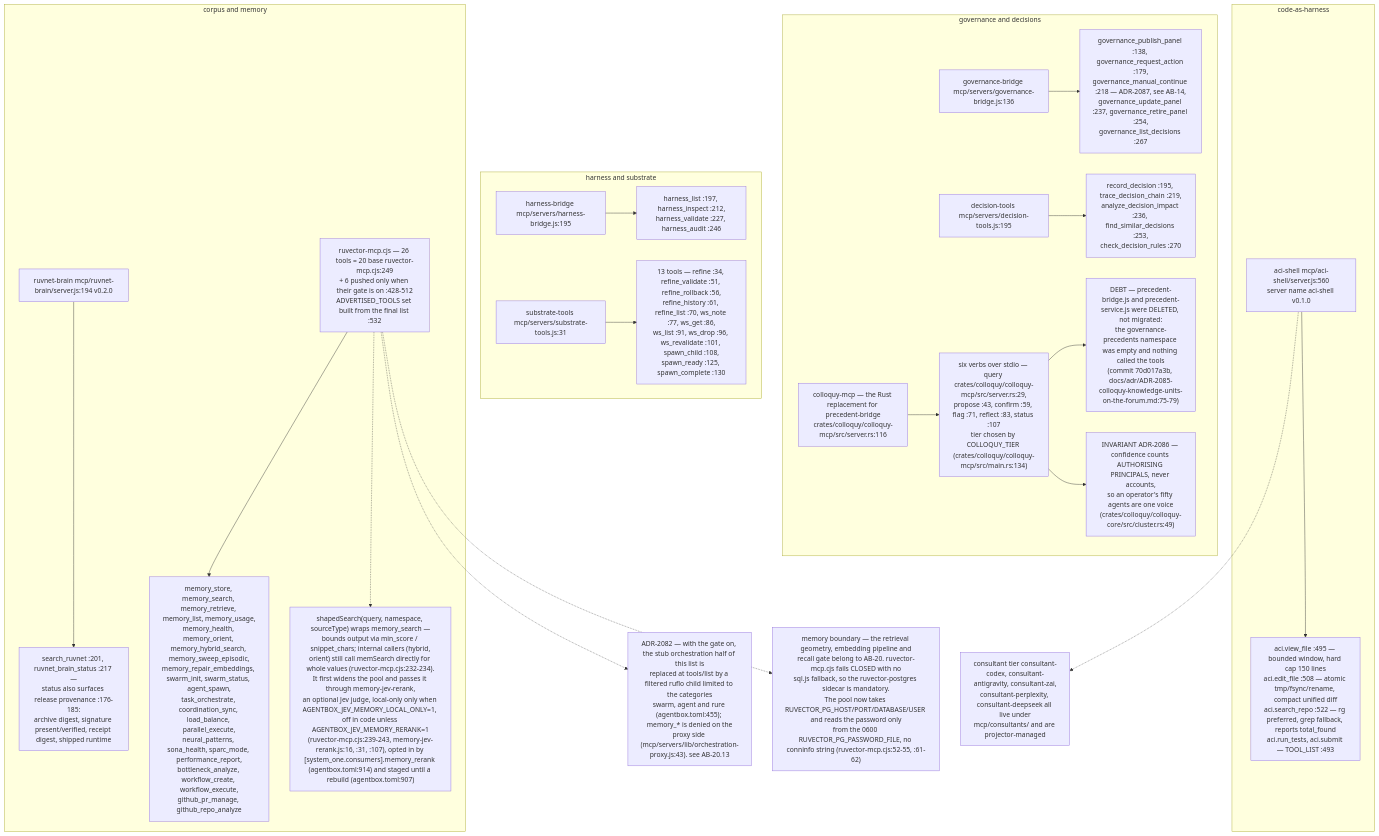
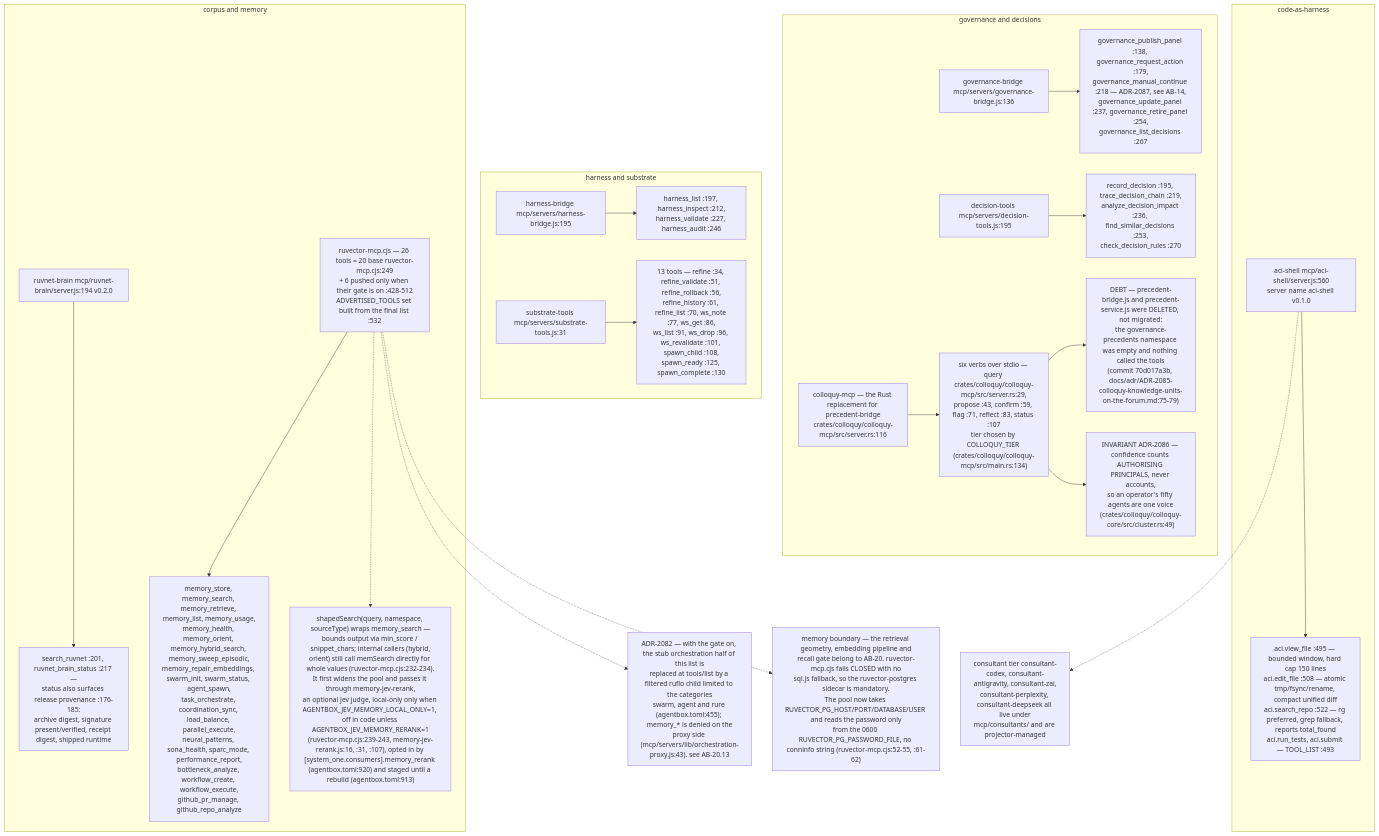
Before and after one commit to DreamLab-AI/VisionFlow: the fifth of 7 diagrams in docs/diagrams/agentbox/09-mcp-servers-catalogue.md, drawn with Mermaid. The commit also changed other lines of this file and 154 other files, not shown here.

First line of the commit message:
docs(diagrams): re-stamp 154 topics whose every citation still reads the same text at the current heads

````diff
--- a/docs/diagrams/agentbox/09-mcp-servers-catalogue.md
+++ b/docs/diagrams/agentbox/09-mcp-servers-catalogue.md
@@ -163,26 +163,26 @@
 ```mermaid
 flowchart TB
     subgraph CODE["code-as-harness"]
         A["aci-shell mcp/aci-shell/server.js:560<br/>server name aci-shell v0.1.0"]
         A --> AT["aci.view_file :495 — bounded window, hard cap 150 lines<br/>aci.edit_file :508 — atomic tmp/fsync/rename, compact unified diff<br/>aci.search_repo :522 — rg preferred, grep fallback, reports total_found<br/>aci.run_tests, aci.submit — TOOL_LIST :493"]
     end
     subgraph GOV["governance and decisions"]
         D["governance-bridge mcp/servers/governance-bridge.js:136"] --> DT["governance_publish_panel :138, governance_request_action :179,<br/>governance_manual_continue :218 — ADR-2087, see AB-14,<br/>governance_update_panel :237, governance_retire_panel :254,<br/>governance_list_decisions :267"]
         E["decision-tools mcp/servers/decision-tools.js:195"] --> ET["record_decision :195, trace_decision_chain :219,<br/>analyze_decision_impact :236, find_similar_decisions :253,<br/>check_decision_rules :270"]
         F["colloquy-mcp — the Rust replacement for precedent-bridge<br/>crates/colloquy/colloquy-mcp/src/server.rs:116"] --> FT["six verbs over stdio — query crates/colloquy/colloquy-mcp/src/server.rs:29,<br/>propose :43, confirm :59, flag :71, reflect :83, status :107<br/>tier chosen by COLLOQUY_TIER (crates/colloquy/colloquy-mcp/src/main.rs:134)"]
         FT --> FR["DEBT — precedent-bridge.js and precedent-service.js were DELETED, not migrated:<br/>the governance-precedents namespace was empty and nothing called the tools<br/>(commit 70d017a3b, docs/adr/ADR-2085-colloquy-knowledge-units-on-the-forum.md:75-79)"]
         FT --> FI["INVARIANT ADR-2086 — confidence counts AUTHORISING PRINCIPALS, never accounts,<br/>so an operator's fifty agents are one voice<br/>(crates/colloquy/colloquy-core/src/cluster.rs:49)"]
     end
     subgraph HARN["harness and substrate"]
         G["harness-bridge mcp/servers/harness-bridge.js:195"] --> GT["harness_list :197, harness_inspect :212,<br/>harness_validate :227, harness_audit :246"]
         H["substrate-tools mcp/servers/substrate-tools.js:31"] --> HT["13 tools — refine :34, refine_validate :51, refine_rollback :56,<br/>refine_history :61, refine_list :70, ws_note :77, ws_get :86,<br/>ws_list :91, ws_drop :96, ws_revalidate :101, spawn_child :108,<br/>spawn_ready :125, spawn_complete :130"]
     end
     subgraph KB["corpus and memory"]
         I["ruvnet-brain mcp/ruvnet-brain/server.js:194 v0.2.0"] --> IT["search_ruvnet :201, ruvnet_brain_status :217 —<br/>status also surfaces release provenance :176-185:<br/>archive digest, signature present/verified, receipt digest, shipped runtime"]
         J["ruvector-mcp.cjs — 26 tools = 20 base ruvector-mcp.cjs:249<br/>+ 6 pushed only when their gate is on :428-512<br/>ADVERTISED_TOOLS set built from the final list :532"] --> JT["memory_store, memory_search, memory_retrieve, memory_list, memory_usage,<br/>memory_health, memory_orient, memory_hybrid_search, memory_sweep_episodic,<br/>memory_repair_embeddings, swarm_init, swarm_status, agent_spawn,<br/>task_orchestrate, coordination_sync, load_balance, parallel_execute,<br/>neural_patterns, sona_health, sparc_mode, performance_report,<br/>bottleneck_analyze, workflow_create, workflow_execute,<br/>github_pr_manage, github_repo_analyze"]
-        J -.-> JS["shapedSearch(query, namespace, sourceType) wraps memory_search —<br/>bounds output via min_score / snippet_chars; internal callers (hybrid,<br/>orient) still call memSearch directly for whole values (ruvector-mcp.cjs:232-234).<br/>It first widens the pool and passes it through memory-jev-rerank,<br/>an optional Jev judge, local-only only when AGENTBOX_JEV_MEMORY_LOCAL_ONLY=1, off in code unless AGENTBOX_JEV_MEMORY_RERANK=1<br/>(ruvector-mcp.cjs:239-243, memory-jev-rerank.js:16, :31, :107), opted in by [system_one.consumers].memory_rerank (agentbox.toml:914) and staged until a rebuild (agentbox.toml:907)"]
+        J -.-> JS["shapedSearch(query, namespace, sourceType) wraps memory_search —<br/>bounds output via min_score / snippet_chars; internal callers (hybrid,<br/>orient) still call memSearch directly for whole values (ruvector-mcp.cjs:232-234).<br/>It first widens the pool and passes it through memory-jev-rerank,<br/>an optional Jev judge, local-only only when AGENTBOX_JEV_MEMORY_LOCAL_ONLY=1, off in code unless AGENTBOX_JEV_MEMORY_RERANK=1<br/>(ruvector-mcp.cjs:239-243, memory-jev-rerank.js:16, :31, :107), opted in by [system_one.consumers].memory_rerank (agentbox.toml:920) and staged until a rebuild (agentbox.toml:913)"]
     end
     J -.-> RVO["ADR-2082 — with the gate on, the stub orchestration half of this list is<br/>replaced at tools/list by a filtered ruflo child limited to the categories<br/>swarm, agent and rure (agentbox.toml:455); memory_* is denied on the<br/>proxy side (mcp/servers/lib/orchestration-proxy.js:43). see AB-20.13"]
     J -.-> RVB["memory boundary — the retrieval geometry, embedding pipeline and<br/>recall gate belong to AB-20. ruvector-mcp.cjs fails CLOSED with no<br/>sql.js fallback, so the ruvector-postgres sidecar is mandatory.<br/>The pool now takes RUVECTOR_PG_HOST/PORT/DATABASE/USER and reads the password only<br/>from the 0600 RUVECTOR_PG_PASSWORD_FILE, no conninfo string (ruvector-mcp.cjs:52-55, :61-62)"]
     A -.-> AB["consultant tier consultant-codex, consultant-antigravity, consultant-zai,<br/>consultant-perplexity, consultant-deepseek all live under<br/>mcp/consultants/ and are projector-managed"]
 ```
````
